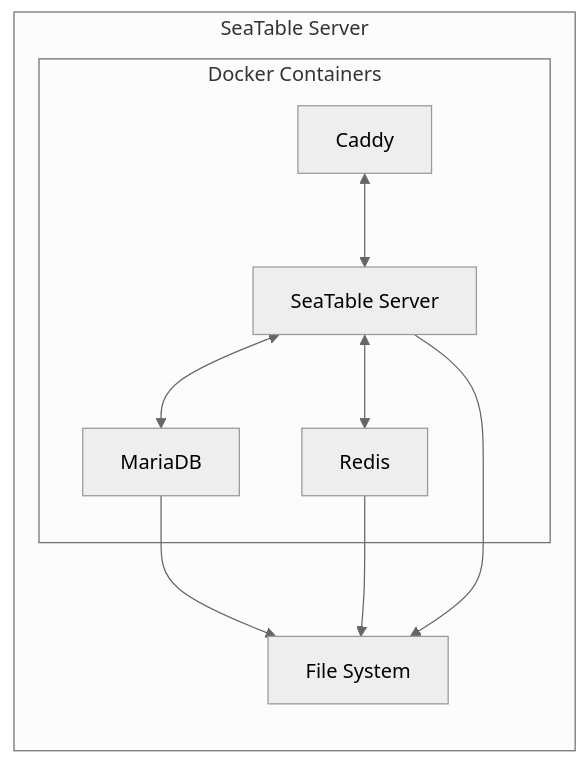
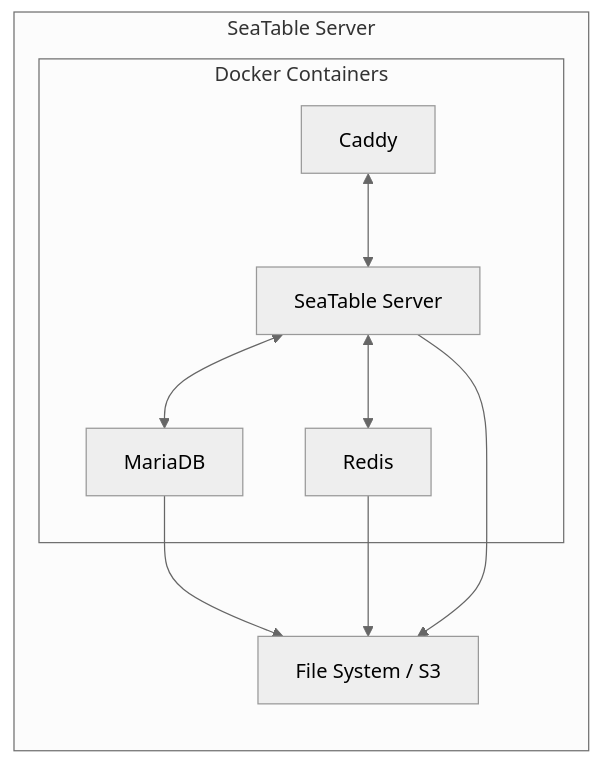
One commit to seatable/seatable-admin-docs changed the first of 2 diagrams in docs/introduction/architecture.md. Above: the diagram before and after it, drawn with Mermaid (neutral theme). The commit also changed other lines of this file, not shown here.

First line of the commit message:
Update architecture.md

````diff
--- a/docs/introduction/architecture.md
+++ b/docs/introduction/architecture.md
@@ -11,18 +11,18 @@
 ```mermaid
 flowchart LR
     subgraph s[SeaTable Server]
         subgraph d[Docker Containers]
             A[Caddy]
             B[SeaTable Server]
             C[MariaDB]
             D[Redis]
             A<-->B
             B<-->C
             B<-->D
         end
-        F[File System]
+        F[File System / S3]
         C --> F
         D --> F
         B --> F
     end
 ```
````
